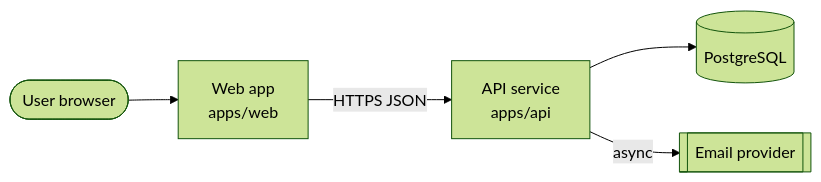
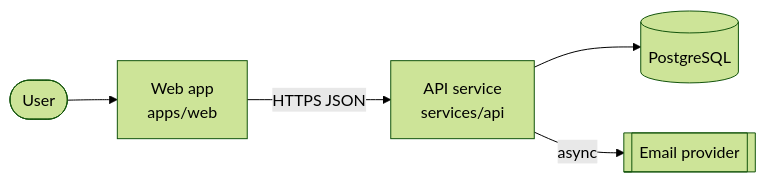
One commit to datamonsterr/sixloom changed the first of 2 diagrams in packs/core/skills/sxl-system-design/SYSTEM.template.mdx. Above: the diagram before and after it, drawn with Mermaid (forest theme). The commit also changed other lines of this file and 104 other files, not shown here.

````diff
--- a/packs/core/skills/sxl-system-design/SYSTEM.template.mdx
+++ b/packs/core/skills/sxl-system-design/SYSTEM.template.mdx
@@ -10,7 +10,7 @@
 ```mermaid
 flowchart LR
-  user([User browser]) --> web[Web app<br/>apps/web]
-  web -->|HTTPS JSON| api[API service<br/>apps/api]
+  user([User]) --> web[Web app<br/>apps/web]
+  web -->|HTTPS JSON| api[API service<br/>services/api]
   api --> db[(PostgreSQL)]
   api -->|async| mail[[Email provider]]
 ```
````
